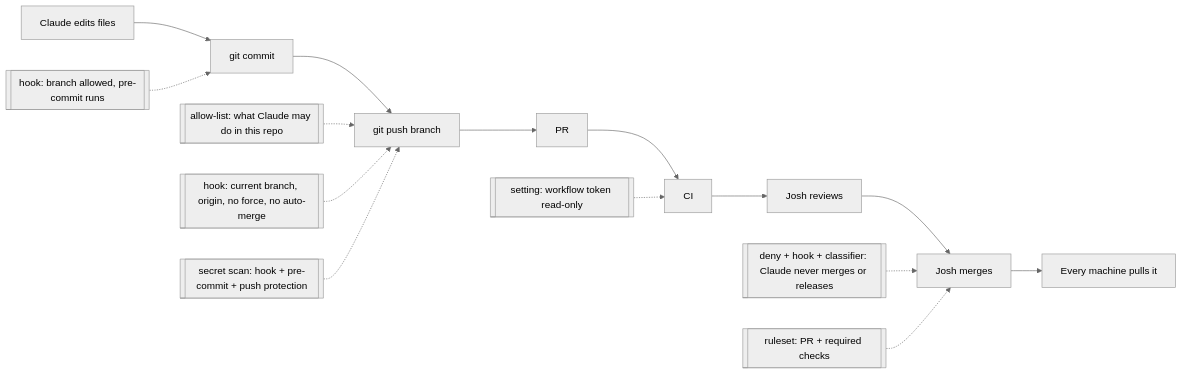
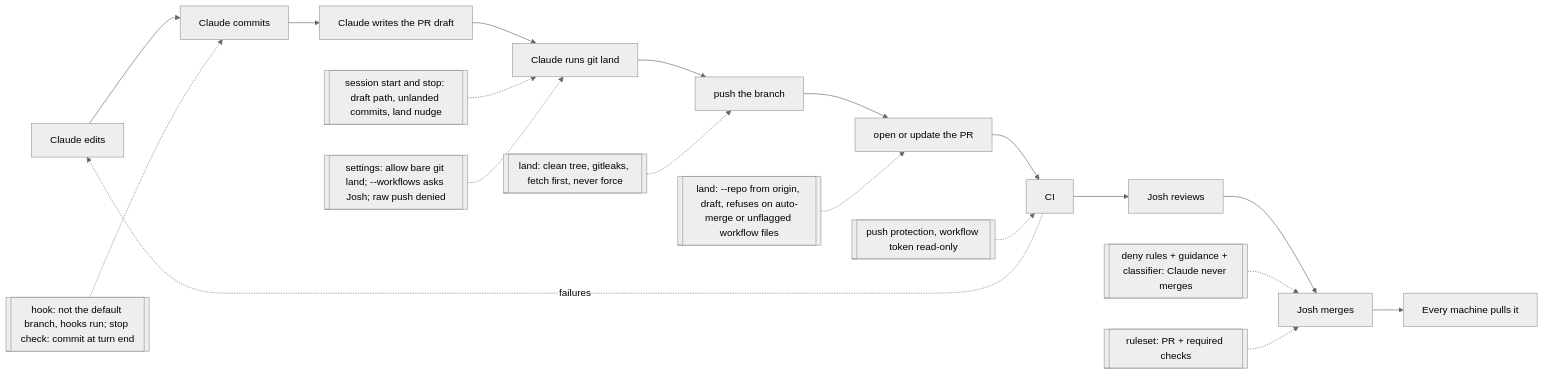
One commit to JoshKarpel/dotfiles changed the diagram in plans/letting-claude-commit-and-push.md. Above: the diagram before and after it, drawn with Mermaid (neutral theme). The commit also changed other lines of this file, not shown here.

Commit message:
revise around land

````diff
--- a/plans/letting-claude-commit-and-push.md
+++ b/plans/letting-claude-commit-and-push.md
@@ -266,18 +334,22 @@
 ```mermaid
 flowchart LR
-  E[Claude edits files] --> C[git commit]
-  C --> P[git push branch]
-  P --> PR[PR]
+  E[Claude edits] --> C[Claude commits]
+  C --> W[Claude writes the PR draft]
+  W --> L[Claude runs git land]
+  L --> P[push the branch]
+  P --> PR[open or update the PR]
   PR --> CI[CI]
-  CI --> A[Josh reviews]
-  A --> M[Josh merges]
+  CI --> R[Josh reviews]
+  R --> M[Josh merges]
   M --> D[Every machine pulls it]
 
-  L1[[allow-list: what Claude may do in this repo]] -.-> P
-  H1[[hook: branch allowed, pre-commit runs]] -.-> C
-  H2[[hook: current branch, origin, no force, no auto-merge]] -.-> P
-  S1[[secret scan: hook + pre-commit + push protection]] -.-> P
-  T1[[setting: workflow token read-only]] -.-> CI
-  B1[[deny + hook + classifier: Claude never merges or releases]] -.-> M
+  H1[[hook: not the default branch, hooks run; stop check: commit at turn end]] -.-> C
+  H2[[session start and stop: draft path, unlanded commits, land nudge]] -.-> L
+  A1[[settings: allow bare git land; --workflows asks Josh; raw push denied]] -.-> L
+  G1[[land: clean tree, gitleaks, fetch first, never force]] -.-> P
+  G2[[land: --repo from origin, draft, refuses on auto-merge or unflagged workflow files]] -.-> PR
+  S1[[push protection, workflow token read-only]] -.-> CI
+  B1[[deny rules + guidance + classifier: Claude never merges]] -.-> M
   R1[[ruleset: PR + required checks]] -.-> M
+  CI -.->|failures| E
 ```
````
